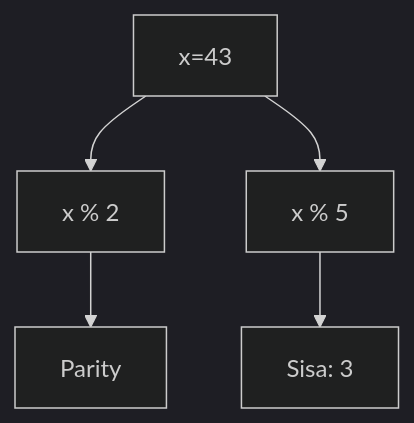
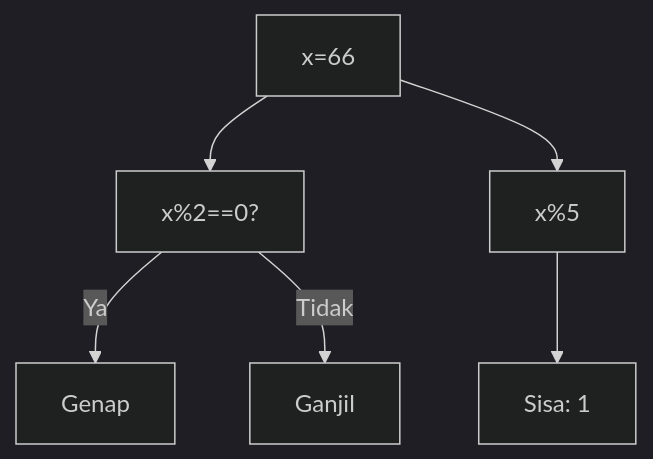
Before and after one commit to amnahwaida/OSNK_INF_PREP: diagram 18 of 25 in part-c-pemahaman-cpp/01-tipe-data/latihan/set-07.md, drawn with Mermaid (dark theme). The commit also changed other lines of this file and 71 other files, not shown here.

Commit message:
Fixed Mermaid syntax lexical errors with quoted labels in 1,800 questions

````diff
--- a/part-c-pemahaman-cpp/01-tipe-data/latihan/set-07.md
+++ b/part-c-pemahaman-cpp/01-tipe-data/latihan/set-07.md
@@ -507,7 +560,8 @@
 ```mermaid
 graph TD
-A[x=43] --> B[x % 2]
-B --> C[Parity]
-A --> D[x % 5]
-D --> E[Sisa: 3]
+A["x=66"] --> B["x%2==0?"]
+B -- Ya --> C["Genap"]
+B -- Tidak --> D["Ganjil"]
+A --> E["x%5"]
+E --> F["Sisa: 1"]
 ```
````
